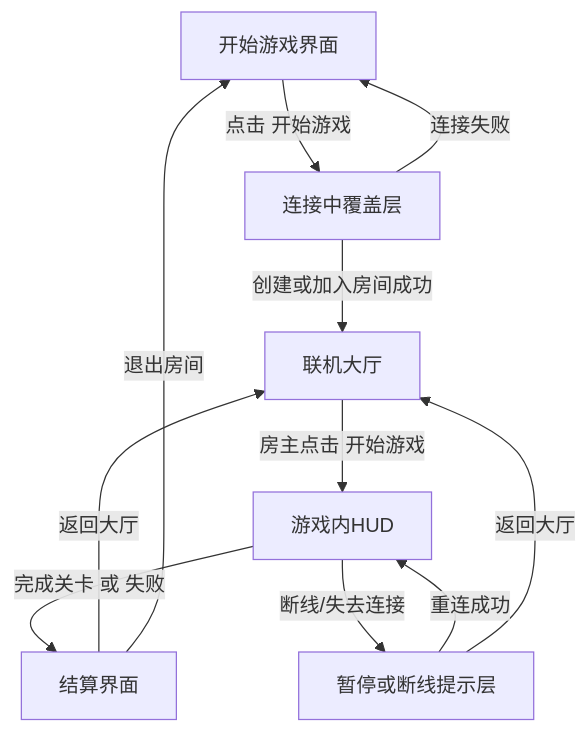
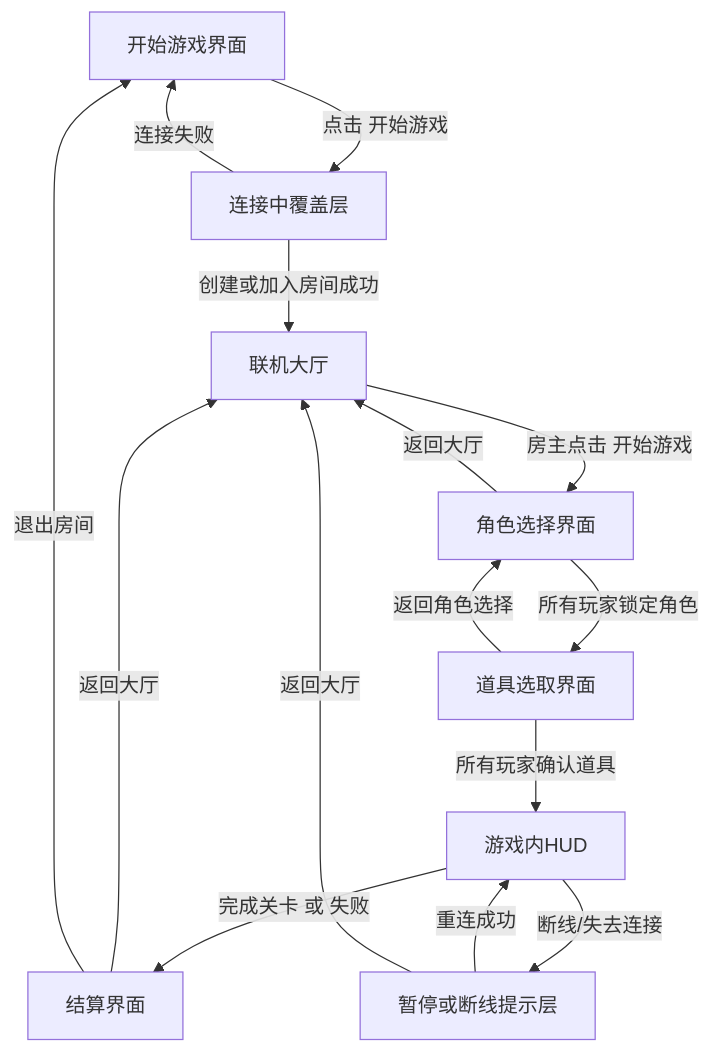
One commit to lindadalin318-crypto/Project-Ark changed the first of 4 diagrams in SideProject/HandleWithPanic/界面跳转设计.md. Above: the diagram before and after it, drawn with Mermaid. The commit also changed other lines of this file and 2 other files, not shown here.

````diff
--- a/SideProject/HandleWithPanic/界面跳转设计.md
+++ b/SideProject/HandleWithPanic/界面跳转设计.md
@@ -87,20 +95,26 @@
 ```mermaid
 flowchart TD
     startScreen[开始游戏界面]
     connectingOverlay[连接中覆盖层]
     lobbyScreen[联机大厅]
+    roleSelectScreen[角色选择界面]
+    itemSelectScreen[道具选取界面]
     inGameHud[游戏内HUD]
     pauseOverlay[暂停或断线提示层]
     resultScreen[结算界面]
 
     startScreen -->|"点击 开始游戏"| connectingOverlay
     connectingOverlay -->|"创建或加入房间成功"| lobbyScreen
     connectingOverlay -->|"连接失败"| startScreen
-    lobbyScreen -->|"房主点击 开始游戏"| inGameHud
+    lobbyScreen -->|"房主点击 开始游戏"| roleSelectScreen
+    roleSelectScreen -->|"所有玩家锁定角色"| itemSelectScreen
+    roleSelectScreen -->|"返回大厅"| lobbyScreen
+    itemSelectScreen -->|"所有玩家确认道具"| inGameHud
+    itemSelectScreen -->|"返回角色选择"| roleSelectScreen
     inGameHud -->|"完成关卡 或 失败"| resultScreen
     inGameHud -->|"断线/失去连接"| pauseOverlay
     pauseOverlay -->|"重连成功"| inGameHud
     pauseOverlay -->|"返回大厅"| lobbyScreen
     resultScreen -->|"返回大厅"| lobbyScreen
     resultScreen -->|"退出房间"| startScreen
 ```
````
